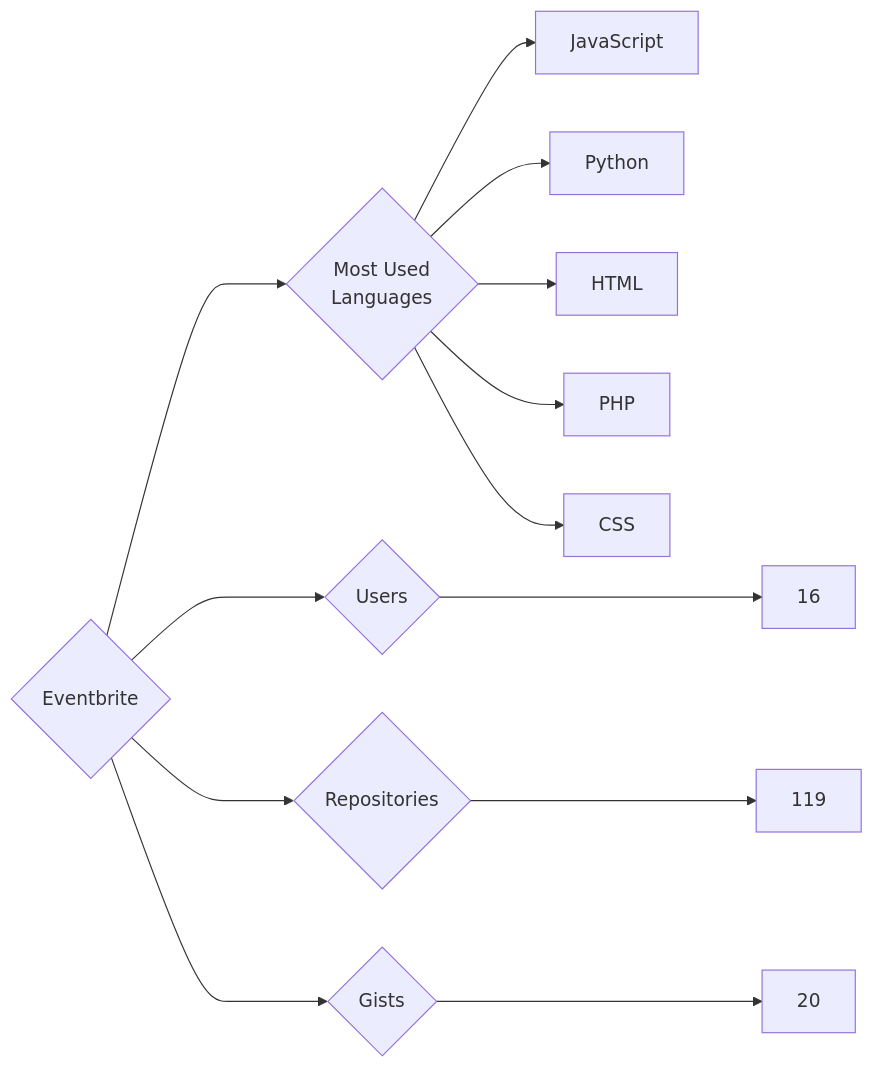
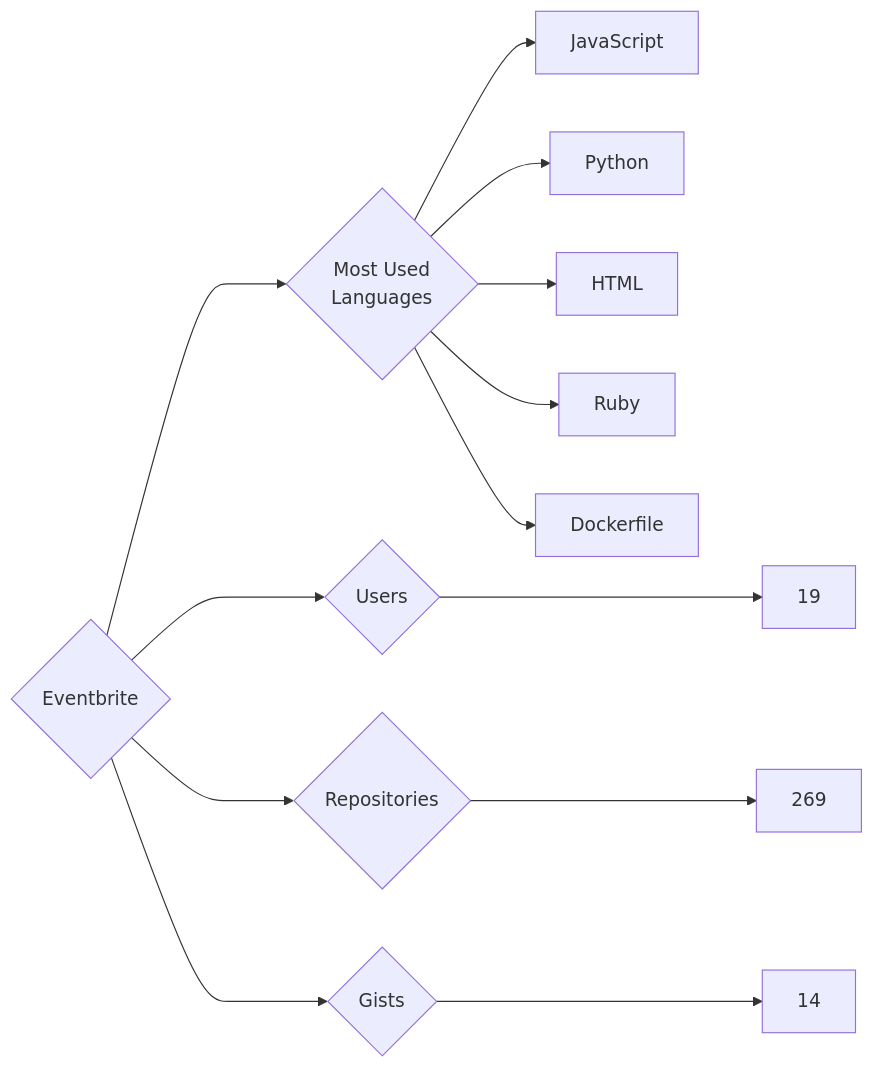
Before and after one commit to trickest/insiders: the diagram in targets/Eventbrite/README.md, drawn with Mermaid. The commit also changed 682 other files, not shown here.

````diff
--- a/targets/Eventbrite/README.md
+++ b/targets/Eventbrite/README.md
@@ -3,13 +3,13 @@
 ```mermaid
 graph LR
 COMPANY_NAME{Eventbrite}
-COMPANY_NAME ---> U{Users} ---> UN[16]
-COMPANY_NAME ---> R{Repositories} ---> RN[119]
-COMPANY_NAME ---> G{Gists} ---> GN[20]
+COMPANY_NAME ---> U{Users} ---> UN[19]
+COMPANY_NAME ---> R{Repositories} ---> RN[269]
+COMPANY_NAME ---> G{Gists} ---> GN[14]
 COMPANY_NAME ---> ML{Most Used<br>Languages}
 ML --> JavaScript[JavaScript]
 ML --> Python[Python]
 ML --> HTML[HTML]
-ML --> PHP[PHP]
-ML --> CSS[CSS]
+ML --> Ruby[Ruby]
+ML --> Dockerfile[Dockerfile]
 ```
````
